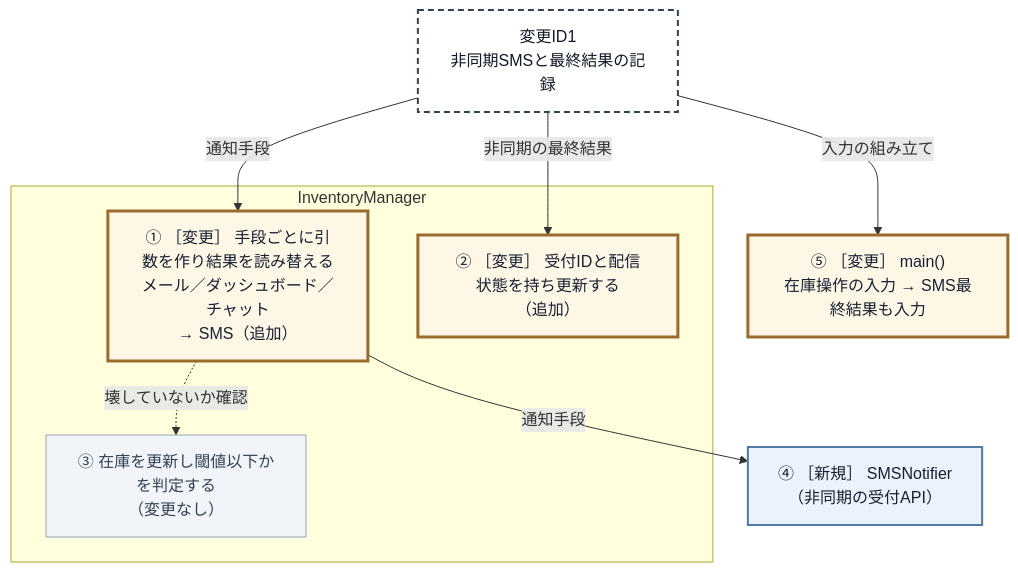
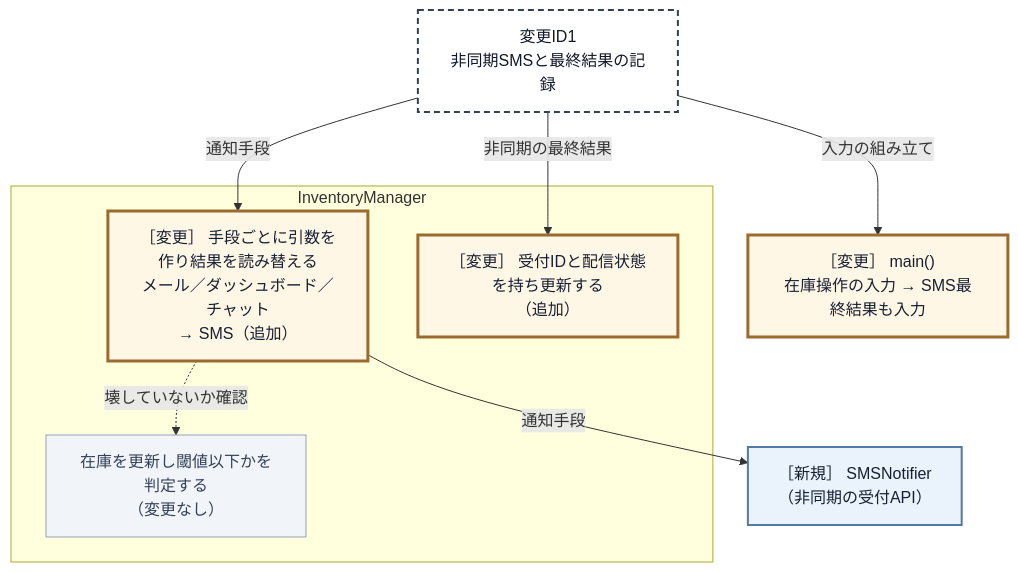
Before and after one commit to kumachan1101-pixel/DesignPattern: the seventh of 20 diagrams in kindle/design-patterns/books/volume01-core-patterns/output/05-chapter03.md, drawn with Mermaid. The commit also changed other lines of this file and 6 other files, not shown here.

````diff
--- a/kindle/design-patterns/books/volume01-core-patterns/output/05-chapter03.md
+++ b/kindle/design-patterns/books/volume01-core-patterns/output/05-chapter03.md
@@ -1309,24 +1310,24 @@
 ```mermaid
 graph TD
     T1["変更ID1<br>非同期SMSと最終結果の記録"]:::req
 
     subgraph IM["InventoryManager"]
-        I2["① ［変更］ 手段ごとに引数を作り結果を読み替える<br>メール／ダッシュボード／チャット<br>→ SMS（追加）"]:::touched
-        I3["② ［変更］ 受付IDと配信状態を持ち更新する<br>（追加）"]:::touched
-        I1["③ 在庫を更新し閾値以下かを判定する<br>（変更なし）"]:::keep
+        I2["［変更］ 手段ごとに引数を作り結果を読み替える<br>メール／ダッシュボード／チャット<br>→ SMS（追加）"]:::touched
+        I3["［変更］ 受付IDと配信状態を持ち更新する<br>（追加）"]:::touched
+        I1["在庫を更新し閾値以下かを判定する<br>（変更なし）"]:::keep
     end
 
-    B["④ ［新規］ SMSNotifier<br>（非同期の受付API）"]:::added
-    M["⑤ ［変更］ main()<br>在庫操作の入力 → SMS最終結果も入力"]:::touched
+    B["［新規］ SMSNotifier<br>（非同期の受付API）"]:::added
+    M["［変更］ main()<br>在庫操作の入力 → SMS最終結果も入力"]:::touched
 
     T1 -->|"通知手段"| I2
     T1 -->|"非同期の最終結果"| I3
     T1 -->|"入力の組み立て"| M
     I2 -->|"通知手段"| B
     I2 -.->|"壊していないか確認"| I1
 
     classDef req fill:#ffffff,stroke:#334155,stroke-width:2px,stroke-dasharray:6 4,color:#111827;
     classDef keep fill:#f1f5f9,stroke:#94a3b8,color:#334155;
     classDef added fill:#eaf2fb,stroke:#527aa3,stroke-width:2px,color:#172033;
     classDef touched fill:#fff7e6,stroke:#9a6b2f,stroke-width:3px,color:#172033;
 ```
````
